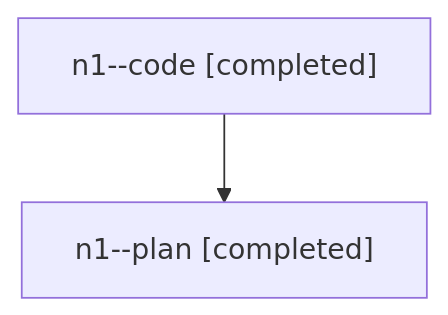
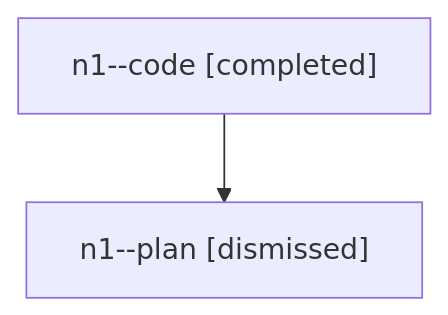
The diagram in families/bbugyi200.athena.n1.md (sase-org/sase--agents), drawn with Mermaid before and after one commit. The commit also changed other lines of this file and 740 other files, not shown here.

````diff
--- a/families/bbugyi200.athena.n1.md
+++ b/families/bbugyi200.athena.n1.md
@@ -9,6 +9,6 @@
 ```mermaid
 flowchart TD
   n0["n1--code [completed]"]
-  n1["n1--plan [completed]"]
+  n1["n1--plan [dismissed]"]
   n0 --> n1
 ```
````
